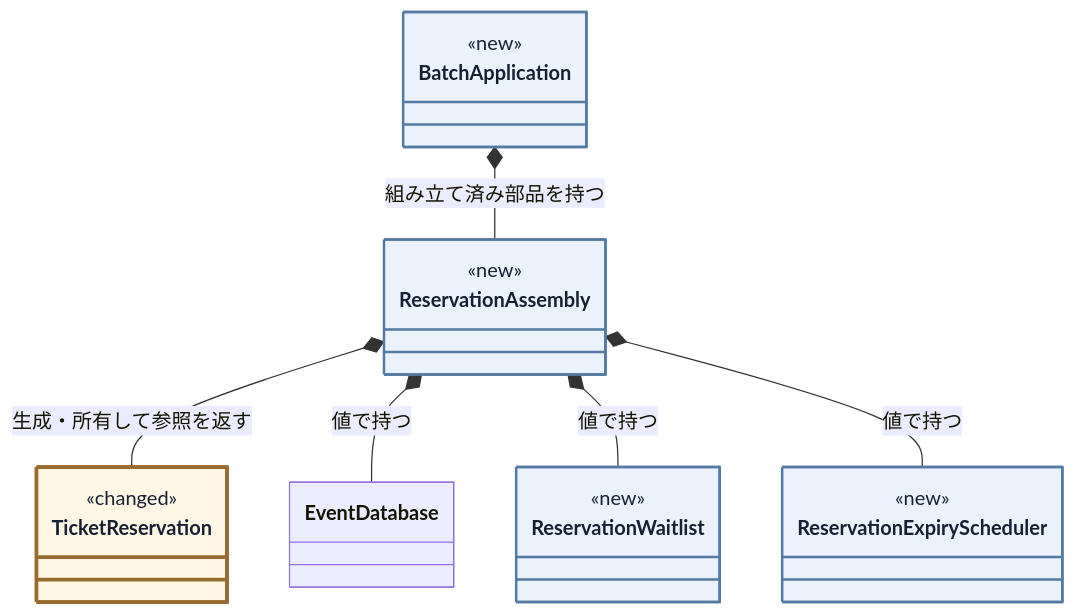
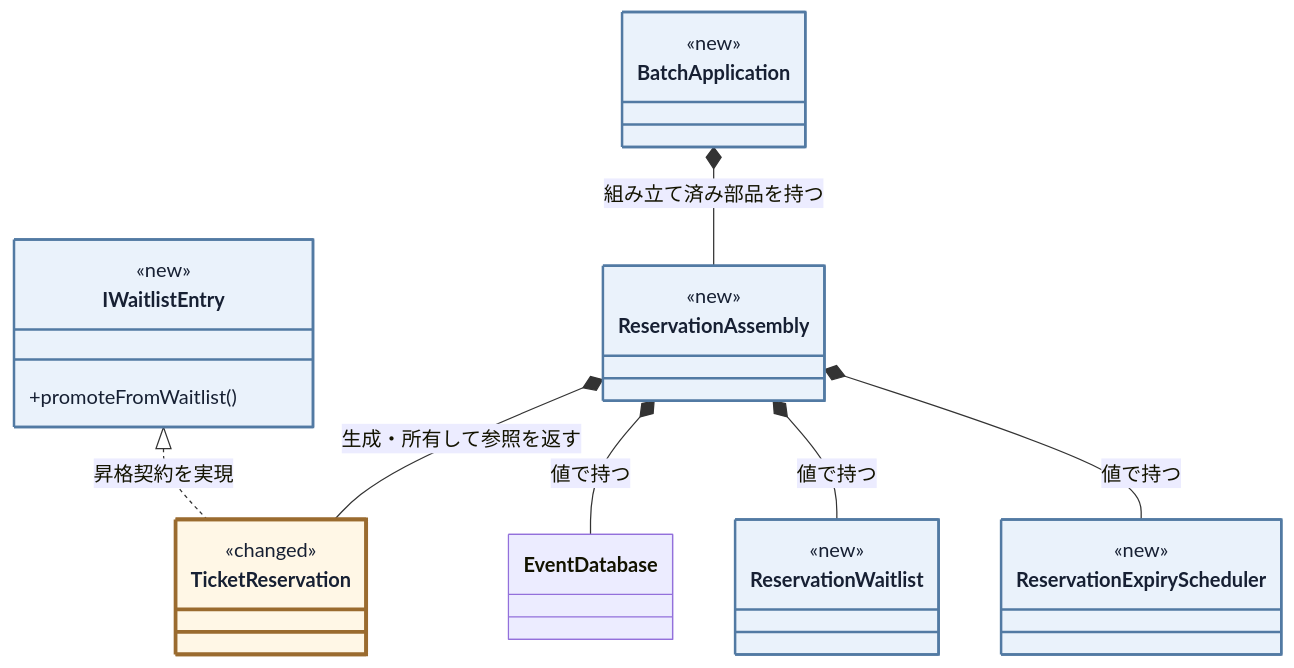
Diagram 20 of 25 in kindle/design-patterns/books/volume01-core-patterns/output/04-chapter02.md (kumachan1101-pixel/DesignPattern), drawn with Mermaid before and after one commit. The commit also changed other lines of this file and 6 other files, not shown here.

````diff
--- a/kindle/design-patterns/books/volume01-core-patterns/output/04-chapter02.md
+++ b/kindle/design-patterns/books/volume01-core-patterns/output/04-chapter02.md
@@ -2042,28 +2081,34 @@
 ```mermaid
 classDiagram
     direction TB
     class TicketReservation:::touched {
         <<changed>>
     }
     class EventDatabase
     class ReservationWaitlist:::added {
         <<new>>
     }
+    class IWaitlistEntry:::added {
+        <<new>>
+        <<interface>>
+        +promoteFromWaitlist()
+    }
     class ReservationExpiryScheduler:::added {
         <<new>>
     }
     class ReservationAssembly:::added {
         <<new>>
     }
     class BatchApplication:::added {
         <<new>>
     }
+    IWaitlistEntry <|.. TicketReservation : 昇格契約を実現
     ReservationAssembly *-- TicketReservation : 生成・所有して参照を返す
     ReservationAssembly *-- EventDatabase : 値で持つ
     ReservationAssembly *-- ReservationWaitlist : 値で持つ
     ReservationAssembly *-- ReservationExpiryScheduler : 値で持つ
     BatchApplication *-- ReservationAssembly : 組み立て済み部品を持つ
 
     classDef added fill:#eaf2fb,stroke:#527aa3,stroke-width:2px,color:#172033;
     classDef touched fill:#fff7e6,stroke:#9a6b2f,stroke-width:3px,color:#172033;
 ```
````
